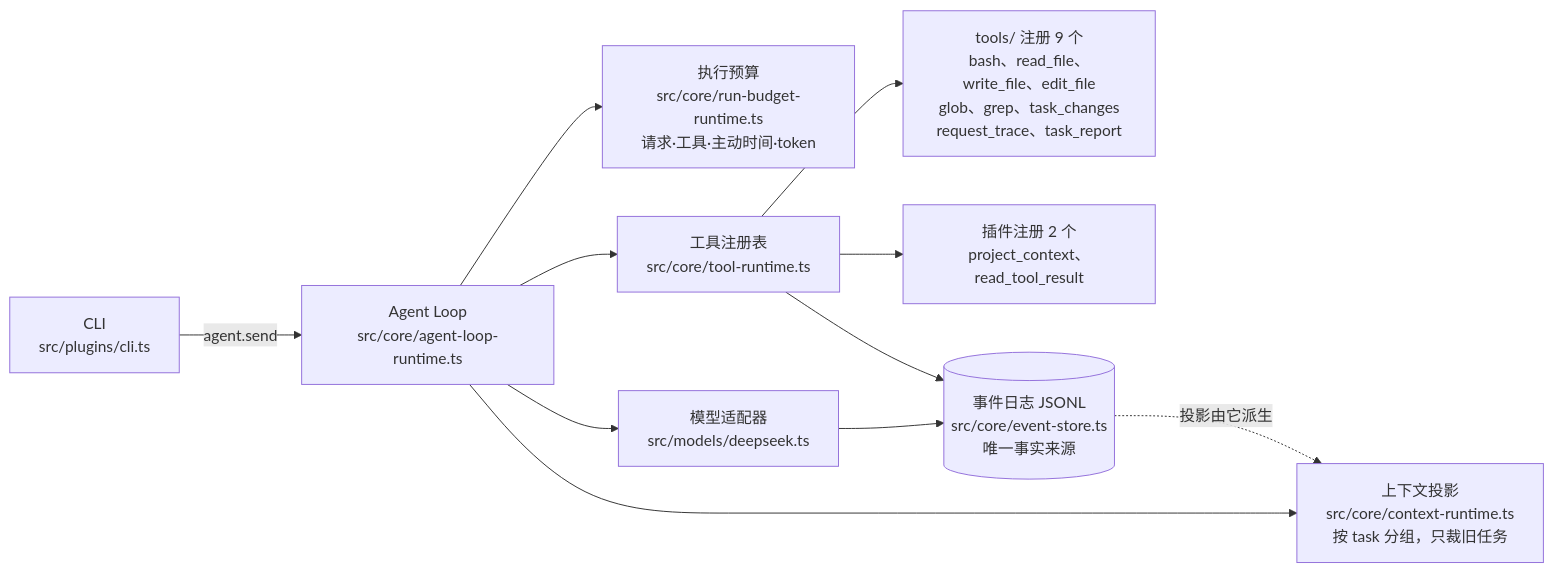
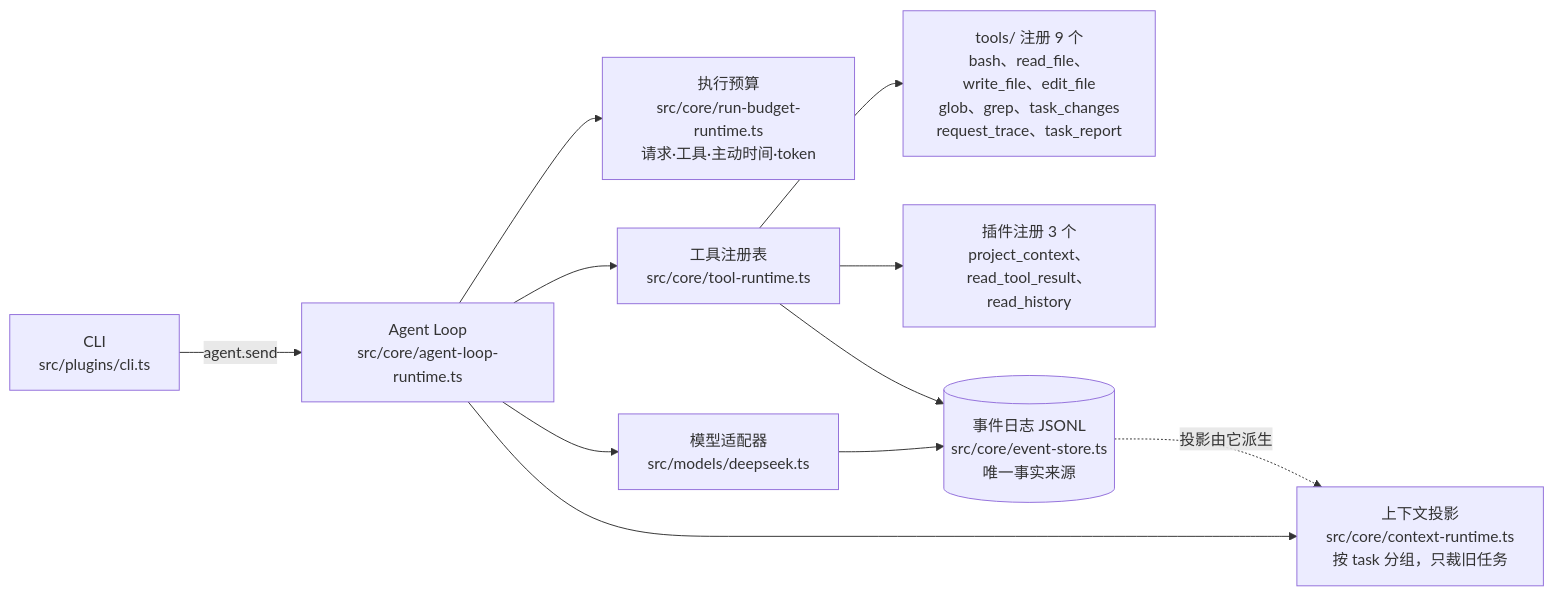
Before and after one commit to BeforeLanding/mini-DSH: the diagram in README.md, drawn with Mermaid. The commit also changed other lines of this file and 7 other files, not shown here.

First line of the commit message:
feat: 增加消息级回读工具 read_history NX-34-5

````diff
--- a/README.md
+++ b/README.md
@@ -114,16 +114,16 @@
 ```mermaid
 flowchart LR
   CLI["CLI<br/>src/plugins/cli.ts"] -->|agent.send| Loop["Agent Loop<br/>src/core/agent-loop-runtime.ts"]
 
   Loop --> Ctx["上下文投影<br/>src/core/context-runtime.ts<br/>按 task 分组，只裁旧任务"]
   Loop --> Bud["执行预算<br/>src/core/run-budget-runtime.ts<br/>请求·工具·主动时间·token"]
   Loop --> Llm["模型适配器<br/>src/models/deepseek.ts"]
   Loop --> Tools["工具注册表<br/>src/core/tool-runtime.ts"]
 
   Tools --> Tools9["tools/ 注册 9 个<br/>bash、read_file、write_file、edit_file<br/>glob、grep、task_changes<br/>request_trace、task_report"]
-  Tools --> Plugins2["插件注册 2 个<br/>project_context、read_tool_result"]
+  Tools --> Plugins2["插件注册 3 个<br/>project_context、read_tool_result、read_history"]
 
   Log[("事件日志 JSONL<br/>src/core/event-store.ts<br/>唯一事实来源")] -. 投影由它派生 .-> Ctx
   Llm --> Log
   Tools --> Log
 ```
````
